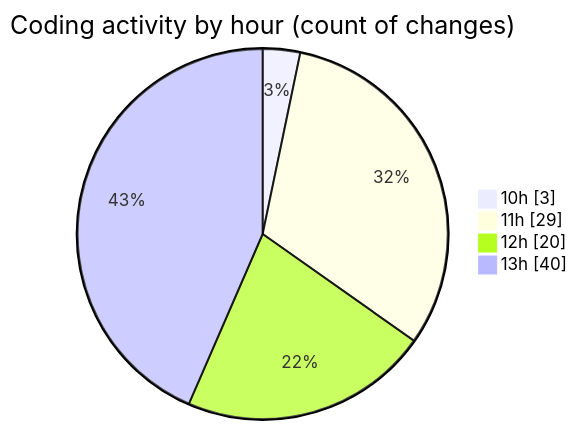
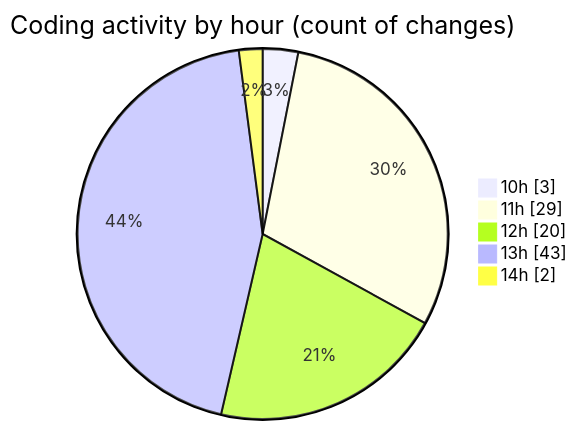
The second of 2 diagrams in 2025-08-14/ribbon/README.md (EIIisD/code-tracking), drawn with Mermaid before and after one commit. The commit also changed other lines of this file and 1 other file, not shown here.

````diff
--- a/2025-08-14/ribbon/README.md
+++ b/2025-08-14/ribbon/README.md
@@ -40,8 +40,9 @@
 ```mermaid
 pie showData
 title Coding activity by hour (count of changes)
 "10h" : 3
 "11h" : 29
 "12h" : 20
-"13h" : 40
+"13h" : 43
+"14h" : 2
 ```
````
